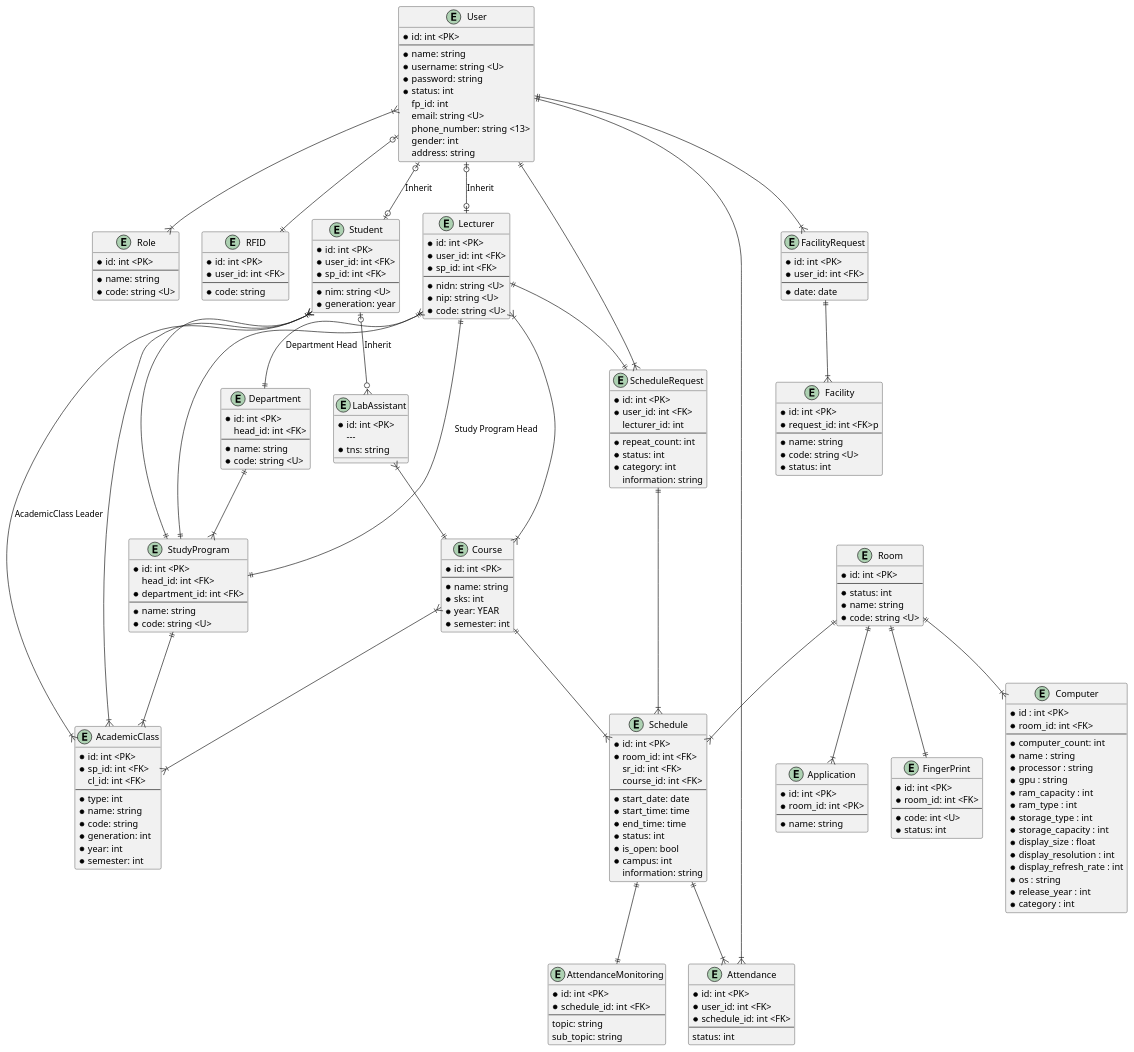
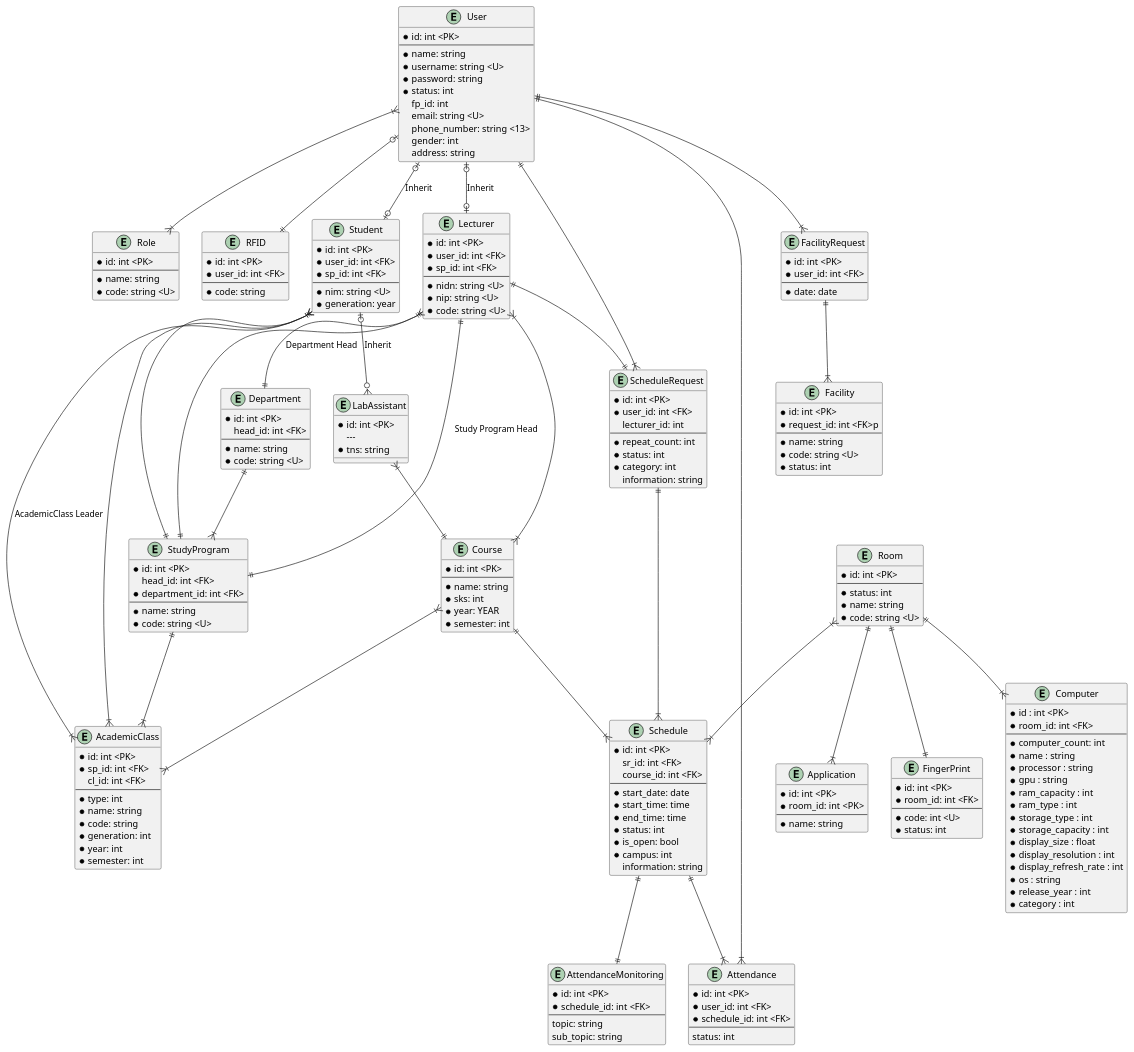
One commit to codebaradev/Simlab changed the diagram in docs/erd.plantuml. Above: the diagram before and after it, drawn with PlantUML. The commit also changed 7 other files, not shown here.

Commit message:
fix: model relation between room and schedule

```diff
--- a/docs/erd.plantuml
+++ b/docs/erd.plantuml
@@ -136,7 +136,7 @@
 
 entity "Schedule" as schedule {
     * id: int <PK>
-    * room_id: int <FK>
+    ' * room_id: int <FK>
     sr_id: int <FK>
     course_id: int <FK>
     ---
@@ -237,7 +237,7 @@
 ScheduleRequest ||--|{ schedule
 ' lecturer }|--|{ schedule: ""
 ' student }|--|{ schedule: ""
-room ||--|{ schedule: ""
+room }|--|{ schedule: ""
 course ||--|{ schedule:""
 schedule ||--|| AttendanceMonitoring
 
```
